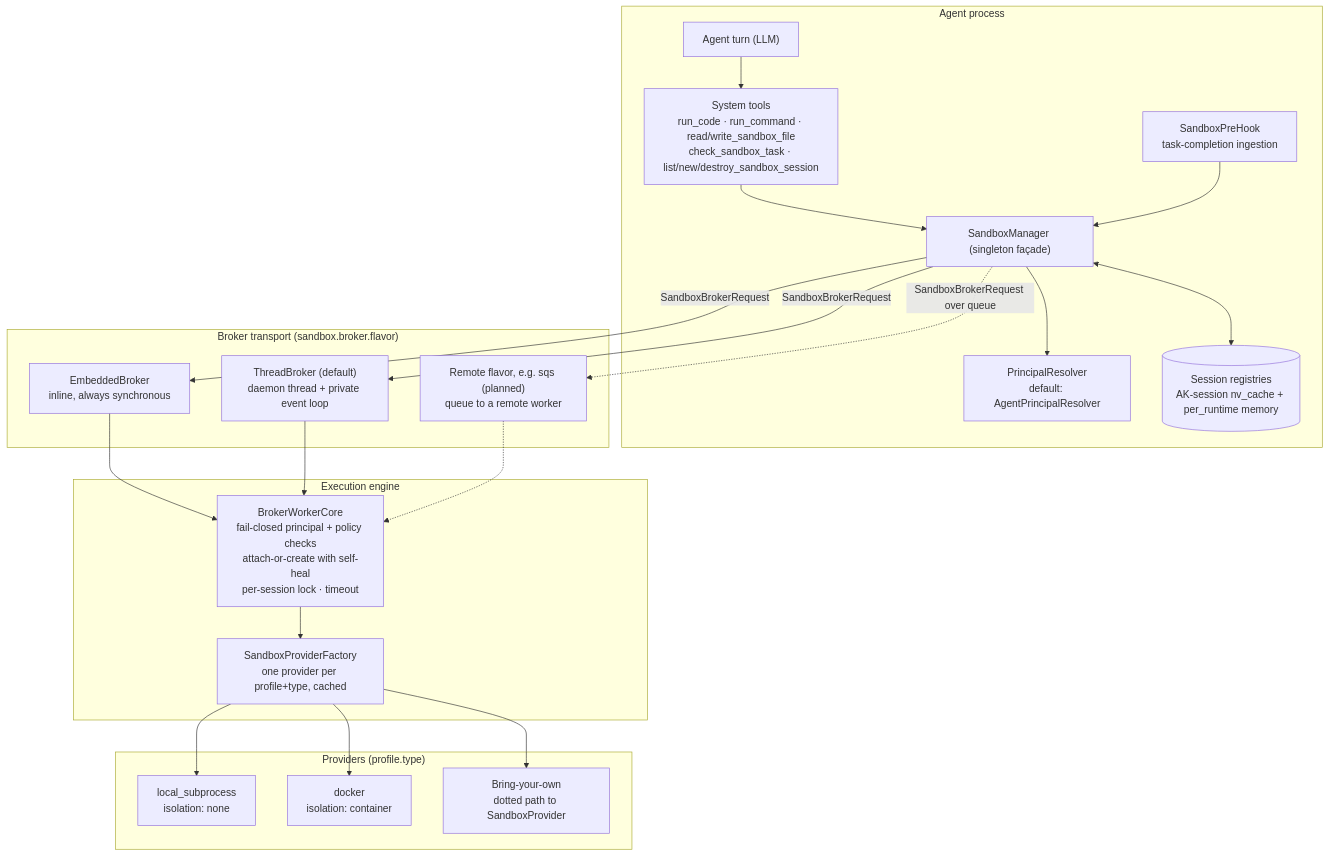
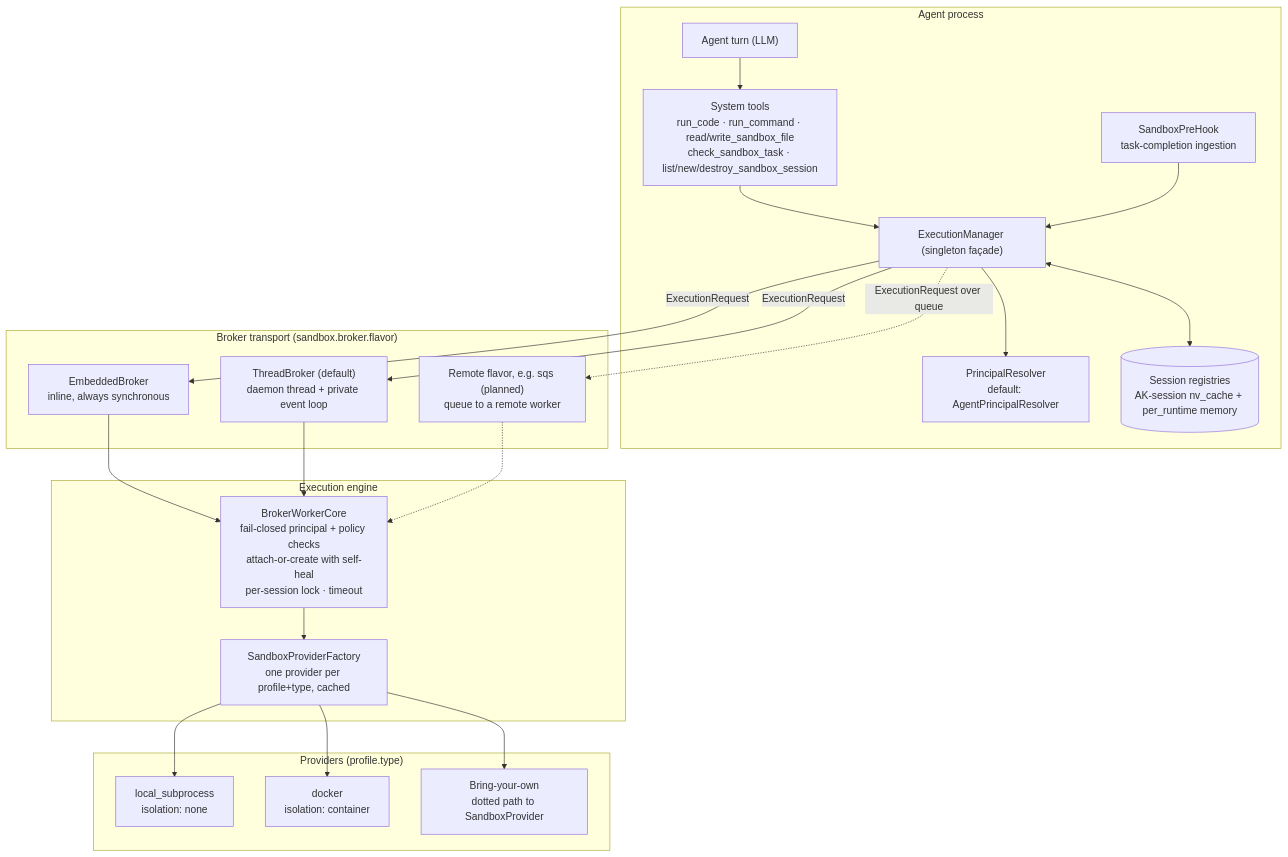
The first of 9 diagrams in docs/docs/architecture/sandbox-internals.md (yaalalabs/agent-kernel), drawn with Mermaid before and after one commit. The commit also changed other lines of this file and 27 other files, not shown here.

First line of the commit message:
refactor: rename SandboxManager to ExecutionManager and related classes for clarity

````diff
--- a/docs/docs/architecture/sandbox-internals.md
+++ b/docs/docs/architecture/sandbox-internals.md
@@ -13,43 +13,43 @@
 ```mermaid
 flowchart TB
     subgraph AGENT["Agent process"]
         LLM["Agent turn (LLM)"]
         TOOLS["System tools<br/>run_code · run_command · read/write_sandbox_file<br/>check_sandbox_task · list/new/destroy_sandbox_session"]
         HOOK["SandboxPreHook<br/>task-completion ingestion"]
-        MGR["SandboxManager (singleton façade)"]
+        MGR["ExecutionManager (singleton façade)"]
         RES["PrincipalResolver<br/>default: AgentPrincipalResolver"]
         REG[("Session registries<br/>AK-session nv_cache + per_runtime memory")]
     end
 
     subgraph BROKER["Broker transport (sandbox.broker.flavor)"]
         EMB["EmbeddedBroker<br/>inline, always synchronous"]
         THR["ThreadBroker (default)<br/>daemon thread + private event loop"]
         SQS["Remote flavor, e.g. sqs (planned)<br/>queue to a remote worker"]
     end
 
     subgraph WORKER["Execution engine"]
         CORE["BrokerWorkerCore<br/>fail-closed principal + policy checks<br/>attach-or-create with self-heal<br/>per-session lock · timeout"]
         PF["SandboxProviderFactory<br/>one provider per profile+type, cached"]
     end
 
     subgraph PROV["Providers (profile.type)"]
         LSP["local_subprocess<br/>isolation: none"]
         DKR["docker<br/>isolation: container"]
         BYO["Bring-your-own<br/>dotted path to SandboxProvider"]
     end
 
     LLM --> TOOLS --> MGR
     HOOK --> MGR
     MGR --> RES
     MGR <--> REG
-    MGR -- "SandboxBrokerRequest" --> EMB
-    MGR -- "SandboxBrokerRequest" --> THR
-    MGR -. "SandboxBrokerRequest over queue" .-> SQS
+    MGR -- "ExecutionRequest" --> EMB
+    MGR -- "ExecutionRequest" --> THR
+    MGR -. "ExecutionRequest over queue" .-> SQS
     EMB --> CORE
     THR --> CORE
     SQS -.-> CORE
     CORE --> PF
     PF --> LSP
     PF --> DKR
     PF --> BYO
 ```
````
